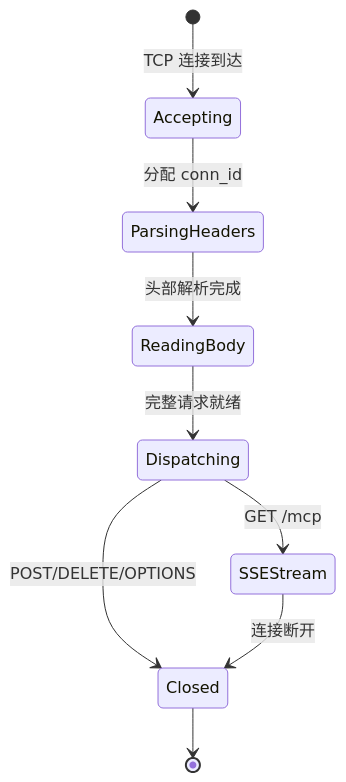
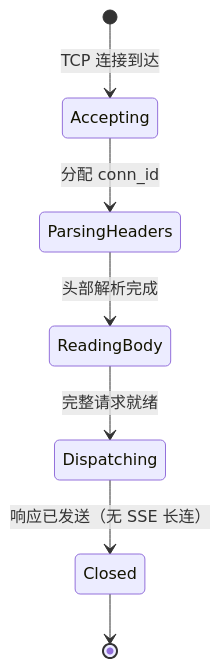
Before and after one commit to jesspig/GodotMCP-GDExtension: the second of 2 diagrams in .repo_wiki/modules/http-server.md, drawn with Mermaid. The commit also changed other lines of this file and 13 other files, not shown here.

````diff
--- a/.repo_wiki/modules/http-server.md
+++ b/.repo_wiki/modules/http-server.md
@@ -46,11 +42,9 @@
 ```mermaid
 stateDiagram-v2
     [*] --> Accepting: TCP 连接到达
     Accepting --> ParsingHeaders: 分配 conn_id
     ParsingHeaders --> ReadingBody: 头部解析完成
     ReadingBody --> Dispatching: 完整请求就绪
-    Dispatching --> SSEStream: GET /mcp
-    Dispatching --> Closed: POST/DELETE/OPTIONS
-    SSEStream --> Closed: 连接断开
+    Dispatching --> Closed: 响应已发送（无 SSE 长连）
     Closed --> [*]
 ```
````
